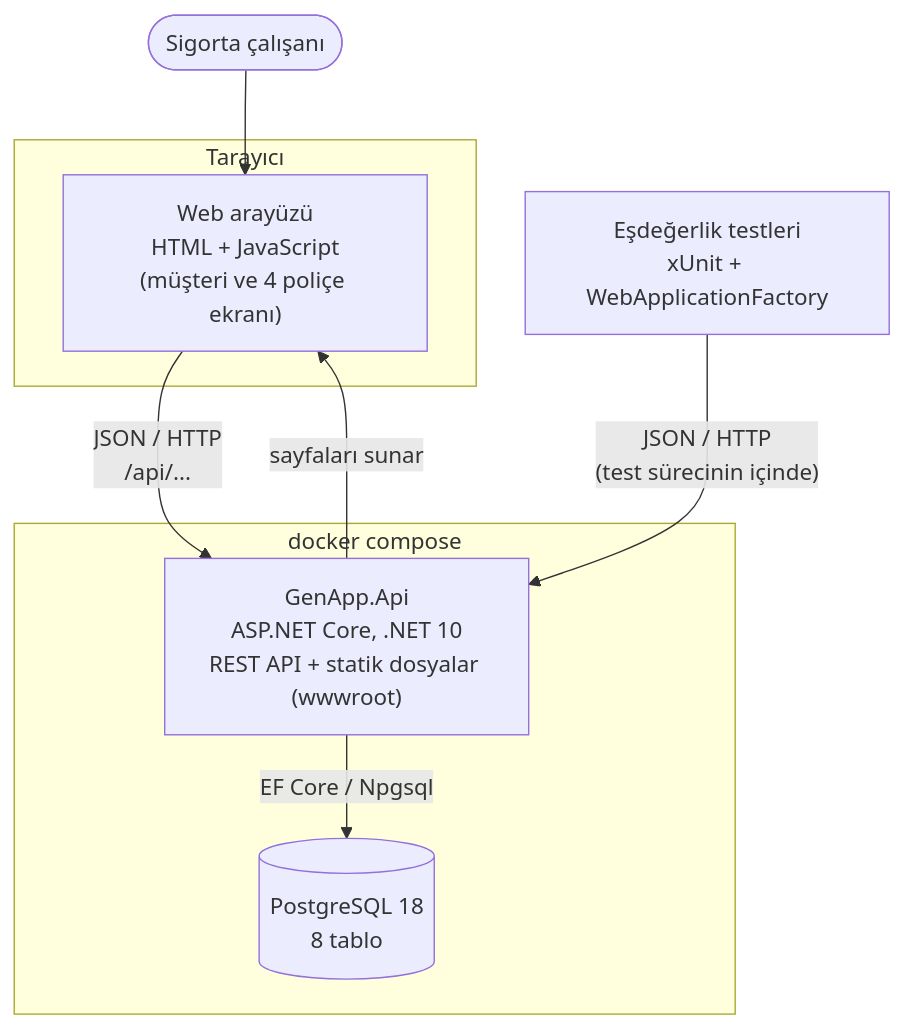
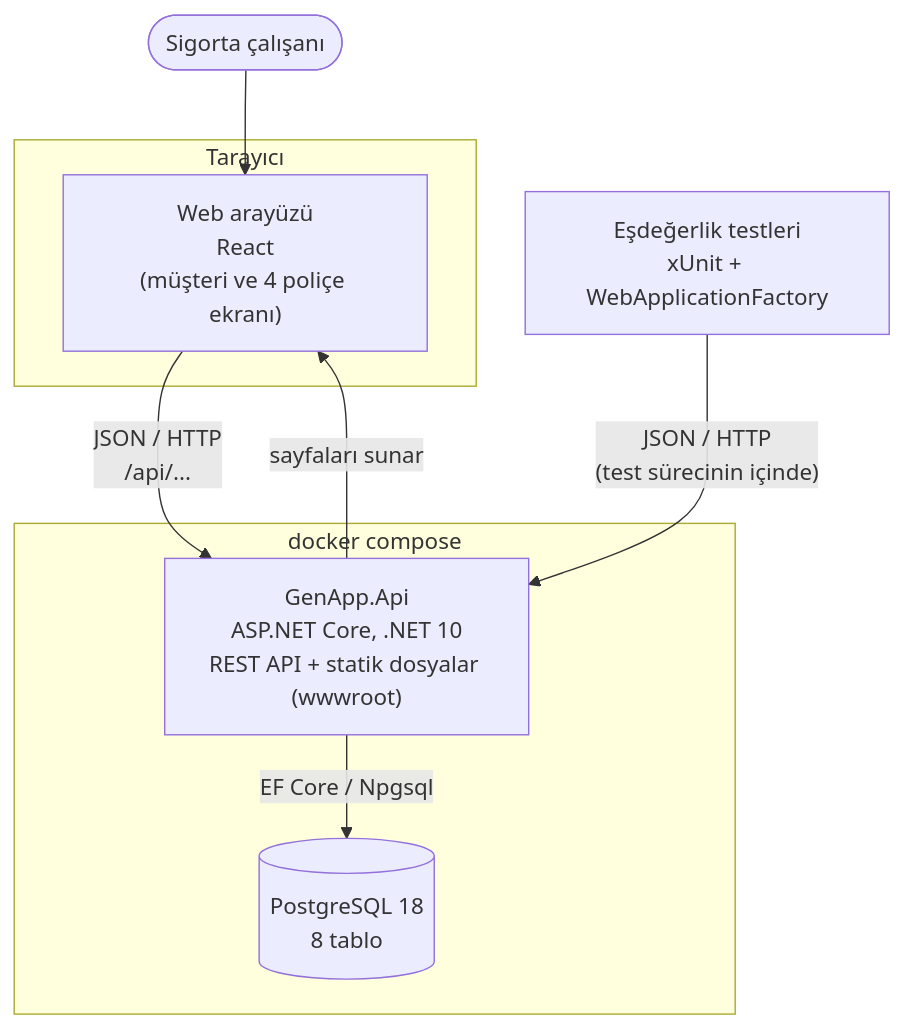
Before and after one commit to sertugser/genapp-dotnet: the second of 4 diagrams in docs/architecture.md, drawn with Mermaid. The commit also changed other lines of this file and 14 other files, not shown here.

First line of the commit message:
Web arayüzü React'e geçti: müşteri ekranı

````diff
--- a/docs/architecture.md
+++ b/docs/architecture.md
@@ -45,21 +45,21 @@
 ```mermaid
 flowchart TB
     user(["Sigorta çalışanı"])
 
     subgraph browser["Tarayıcı"]
-        ui["Web arayüzü<br/>HTML + JavaScript<br/>(müşteri ve 4 poliçe ekranı)"]
+        ui["Web arayüzü<br/>React<br/>(müşteri ve 4 poliçe ekranı)"]
     end
 
     subgraph compose["docker compose"]
         api["GenApp.Api<br/>ASP.NET Core, .NET 10<br/>REST API + statik dosyalar (wwwroot)"]
         db[("PostgreSQL 18<br/>8 tablo")]
     end
 
     tests["Eşdeğerlik testleri<br/>xUnit + WebApplicationFactory"]
 
     user --> ui
     api -- "sayfaları sunar" --> ui
     ui -- "JSON / HTTP<br/>/api/..." --> api
     tests -- "JSON / HTTP<br/>(test sürecinin içinde)" --> api
     api -- "EF Core / Npgsql" --> db
 ```
````
